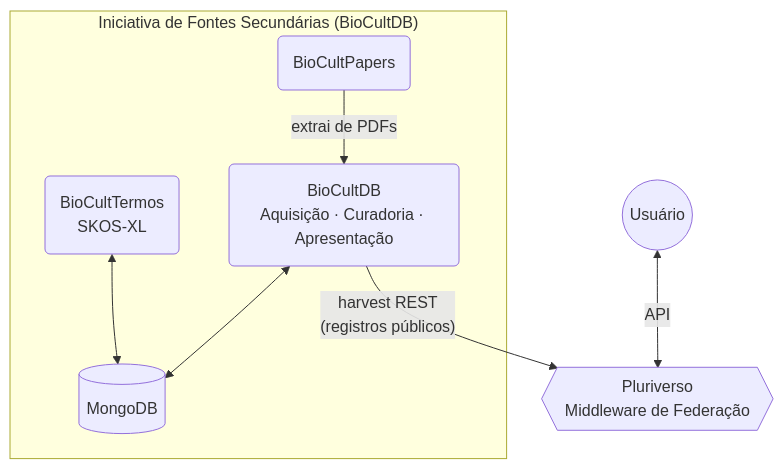
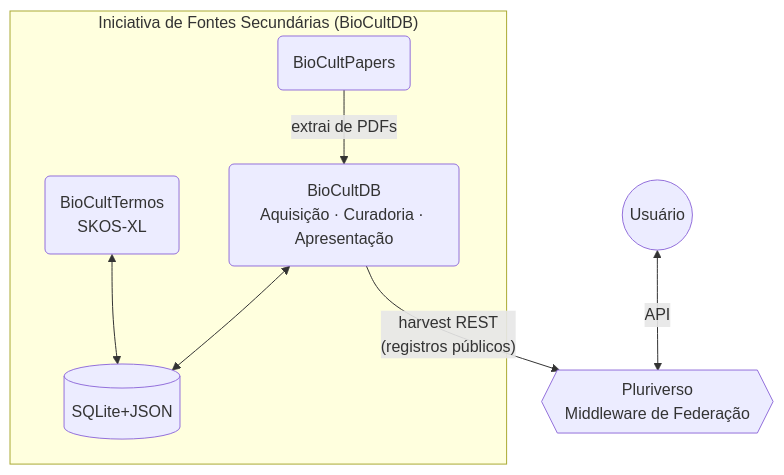
The second of 2 diagrams in README.md (edalcin/BioCultDB), drawn with Mermaid before and after one commit. The commit also changed other lines of this file and 31 other files, not shown here.

First line of the commit message:
feat: migra backend para SQLite com JSON1, substitui MongoDB (ADR-005)

````diff
--- a/README.md
+++ b/README.md
@@ -307,13 +308,13 @@
 ```mermaid
 graph TD
     subgraph I1["Iniciativa de Fontes Secundárias (BioCultDB)"]
         EP(BioCultPapers) -->|extrai de PDFs| EDB
-        EDB(BioCultDB\nAquisição · Curadoria · Apresentação) <--> MDB[(MongoDB)]
-        ET(BioCultTermos\nSKOS-XL) <--> MDB
+        EDB(BioCultDB\nAquisição · Curadoria · Apresentação) <--> UDB[(SQLite+JSON)]
+        ET(BioCultTermos\nSKOS-XL) <--> UDB
     end
 
     PL{{"Pluriverso\nMiddleware de Federação"}}
 
     EDB -->|"harvest REST\n(registros públicos)"| PL
     U((Usuário)) <-->|API| PL
 ```
````
